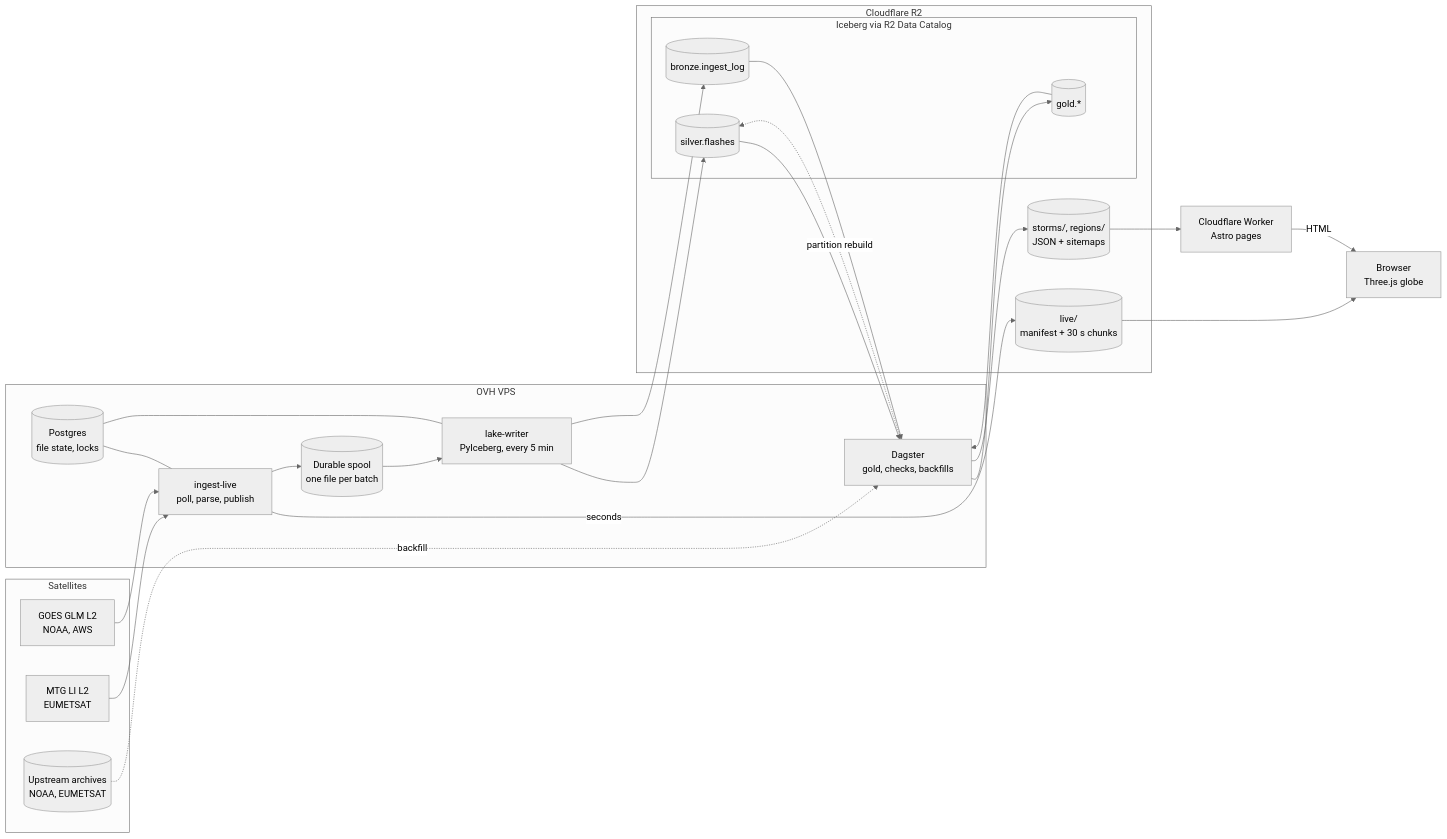
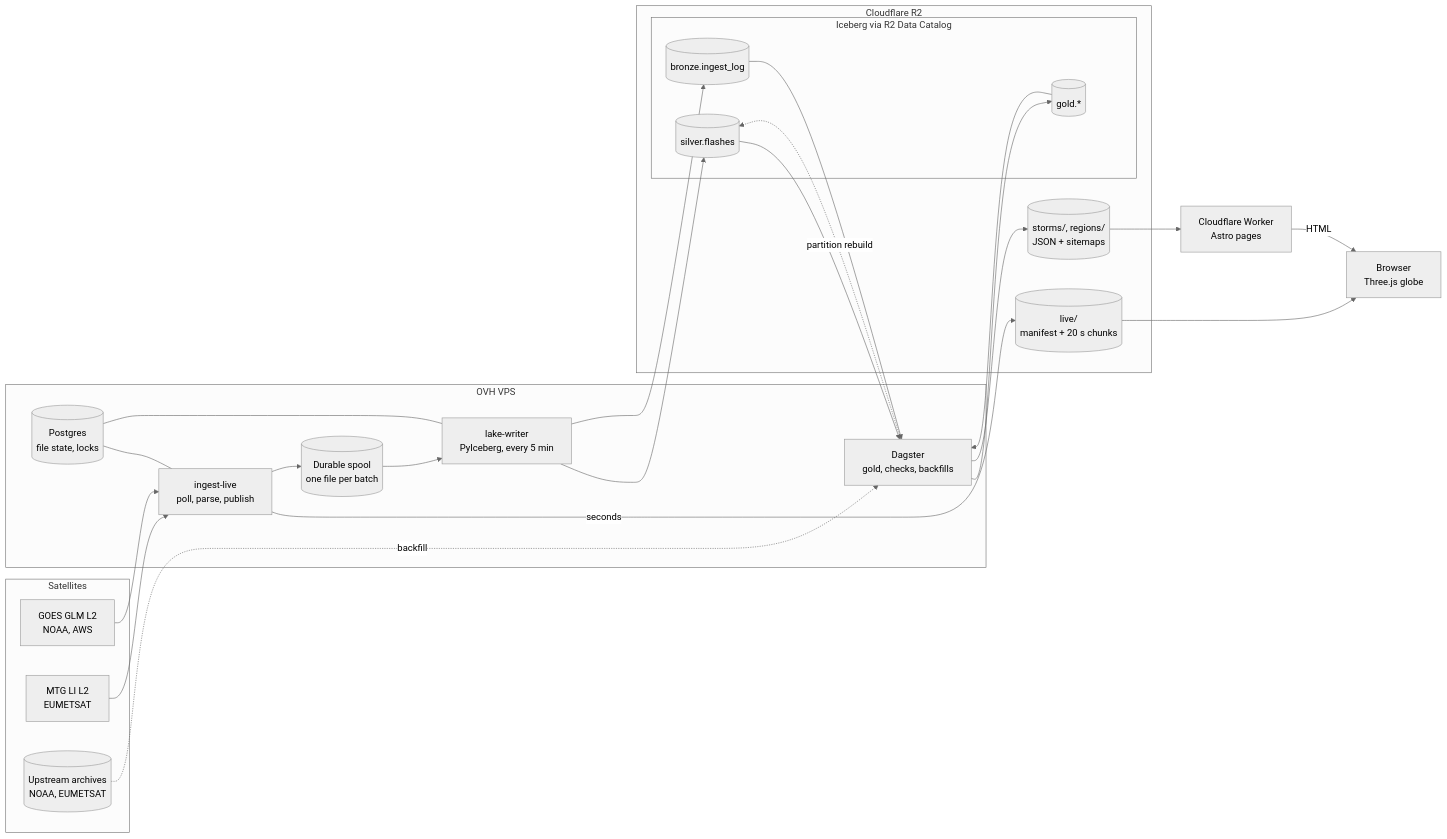
Before and after one commit to pierregc/scintille: the diagram in docs/architecture.md, drawn with Mermaid (neutral theme). The commit also changed 27 other files, not shown here.

````diff
--- a/docs/architecture.md
+++ b/docs/architecture.md
@@ -7,49 +7,49 @@
 ```mermaid
 flowchart LR
     subgraph sources["Satellites"]
         glm["GOES GLM L2<br/>NOAA, AWS"]
         li["MTG LI L2<br/>EUMETSAT"]
         archives[("Upstream archives<br/>NOAA, EUMETSAT")]
     end
 
     subgraph vps["OVH VPS"]
         live_proc["ingest-live<br/>poll, parse, publish"]
         spool[("Durable spool<br/>one file per batch")]
         writer["lake-writer<br/>PyIceberg, every 5 min"]
         pg[("Postgres<br/>file state, locks")]
         dagster["Dagster<br/>gold, checks, backfills"]
     end
 
     subgraph r2["Cloudflare R2"]
-        live[("live/<br/>manifest + 30 s chunks")]
+        live[("live/<br/>manifest + 20 s chunks")]
         subgraph lake["Iceberg via R2 Data Catalog"]
             bronze[("bronze.ingest_log")]
             silver[("silver.flashes")]
             gold[("gold.*")]
         end
         pub[("storms/, regions/<br/>JSON + sitemaps")]
     end
 
     worker["Cloudflare Worker<br/>Astro pages"]
     browser["Browser<br/>Three.js globe"]
 
     glm --> live_proc
     li --> live_proc
     live_proc -->|seconds| live
     live_proc --> spool
     spool --> writer
     writer --> silver
     writer --> bronze
     pg --- live_proc
     pg --- writer
     silver --> dagster
     bronze --> dagster
     dagster --> gold
     gold --> dagster
     dagster --> pub
     archives -.->|backfill| dagster
     dagster -.->|partition rebuild| silver
     live --> browser
     pub --> worker
     worker -->|HTML| browser
 ```
````
